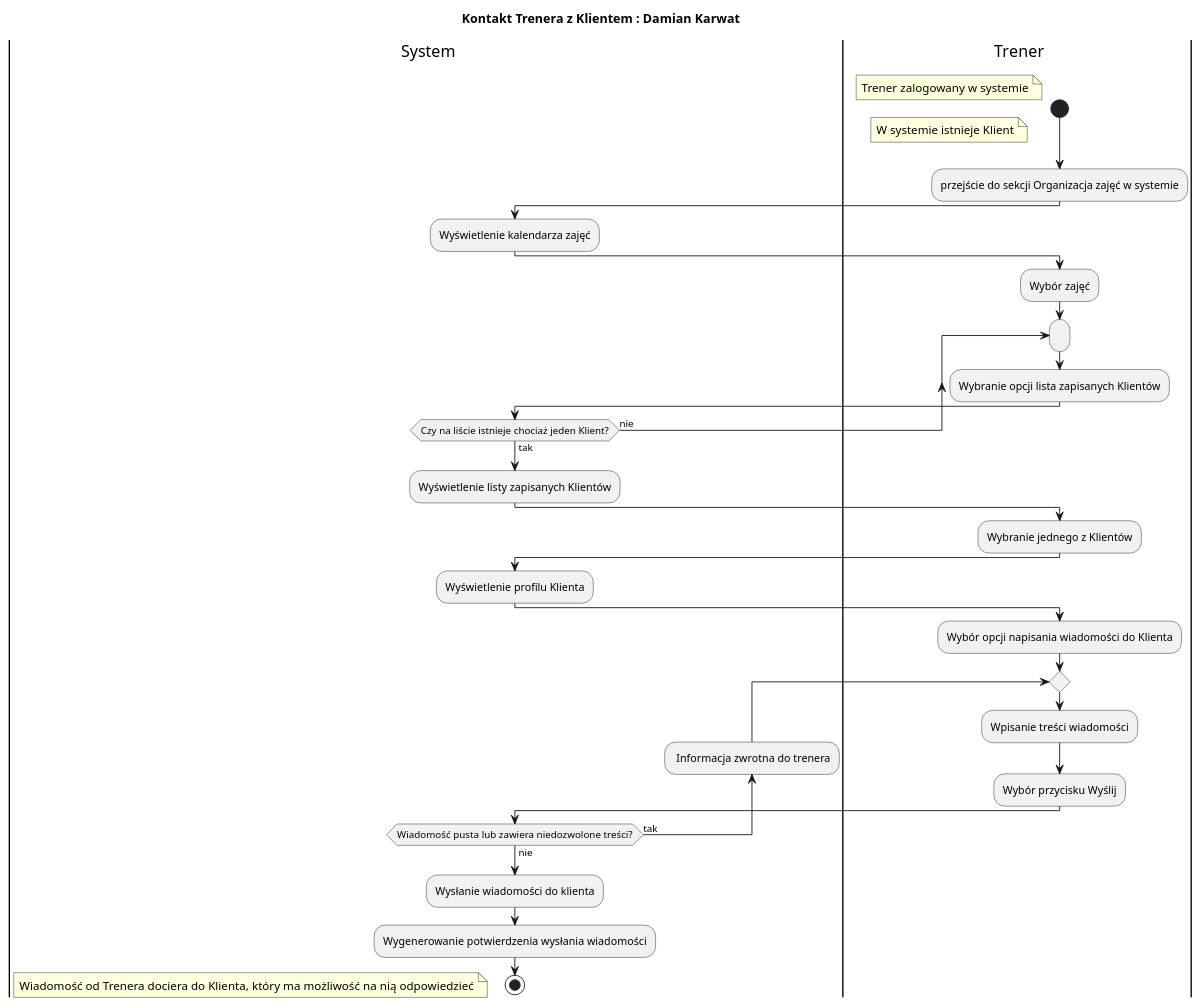
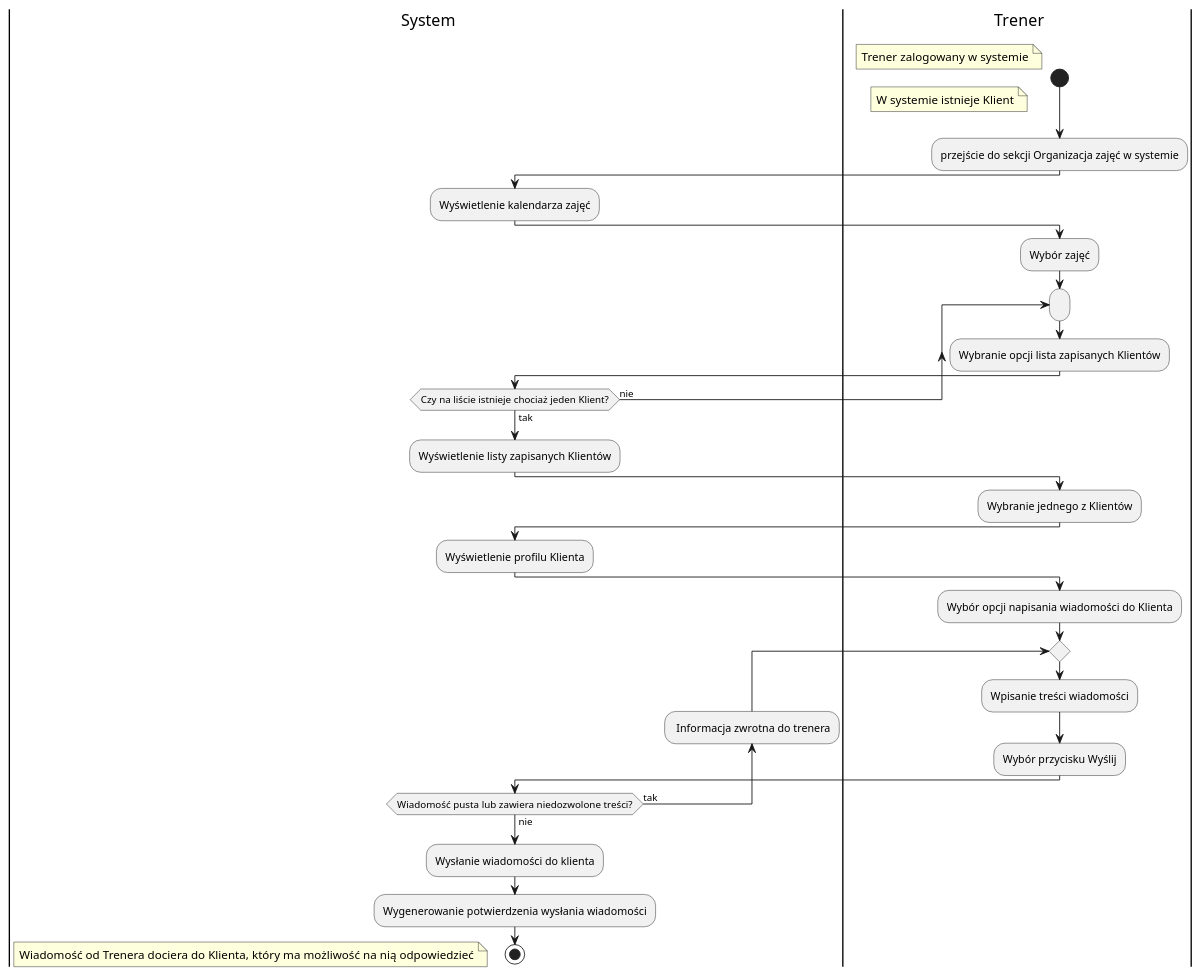
One commit to filip-stepien/software-engineering-lab changed the diagram in src/activity_diagrams/Damian Karwat/kontakt_trener_klient.puml. Above: the diagram before and after it, drawn with PlantUML. The commit also changed 10 other files, not shown here.

Commit message:
exported the activity diagrams and added them to the html

```diff
--- a/src/activity_diagrams/Damian Karwat/kontakt_trener_klient.puml
+++ b/src/activity_diagrams/Damian Karwat/kontakt_trener_klient.puml
@@ -1,37 +1,36 @@
 @startuml
 
-title Kontakt Trenera z Klientem : Damian Karwat
 |s| System
 |t| Trener
 start
 floating note left: Trener zalogowany w systemie
 floating note left: W systemie istnieje Klient
 :przejście do sekcji Organizacja zajęć w systemie;
 |s|
 :Wyświetlenie kalendarza zajęć;
 |t|
 :Wybór zajęć;
 repeat:
     :Wybranie opcji lista zapisanych Klientów;
     |s|
 repeat while (Czy na liście istnieje chociaż jeden Klient?) is (nie) not (tak)
 :Wyświetlenie listy zapisanych Klientów;
 |t|
 :Wybranie jednego z Klientów;
 |s|
 :Wyświetlenie profilu Klienta;
 |t|
 :Wybór opcji napisania wiadomości do Klienta;
 repeat
     :Wpisanie treści wiadomości;
     :Wybór przycisku Wyślij;
     |s|
 backward: Informacja zwrotna do trenera;
 repeat while (Wiadomość pusta lub zawiera niedozwolone treści?) is (tak) not (nie)
 |s|
 :Wysłanie wiadomości do klienta;
 :Wygenerowanie potwierdzenia wysłania wiadomości;
 stop
 floating note left: Wiadomość od Trenera dociera do Klienta, który ma możliwość na nią odpowiedzieć
 
 @enduml
```
